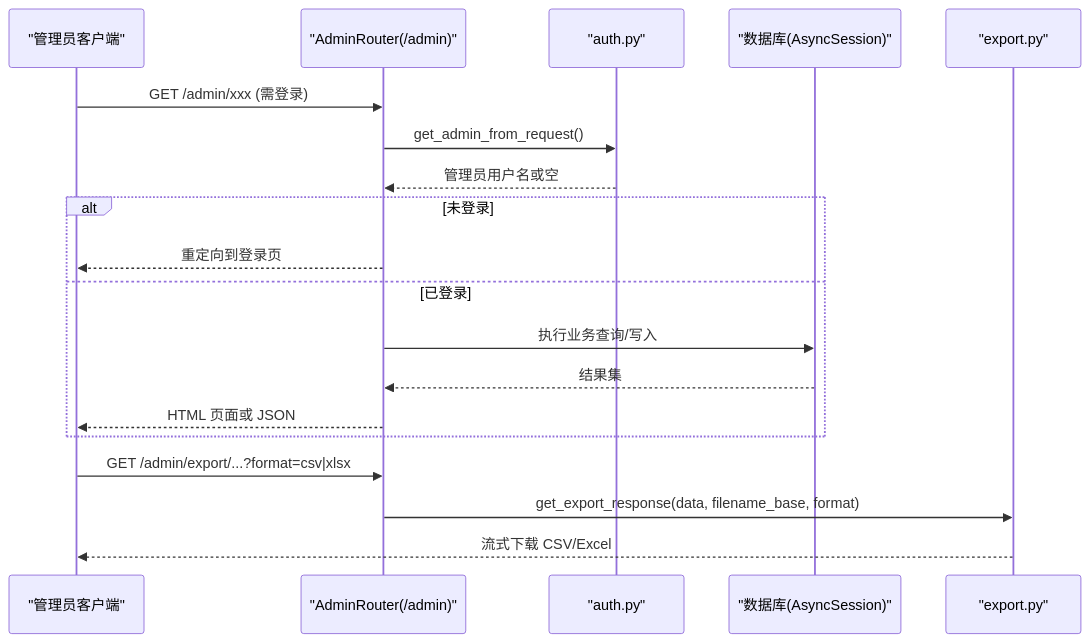
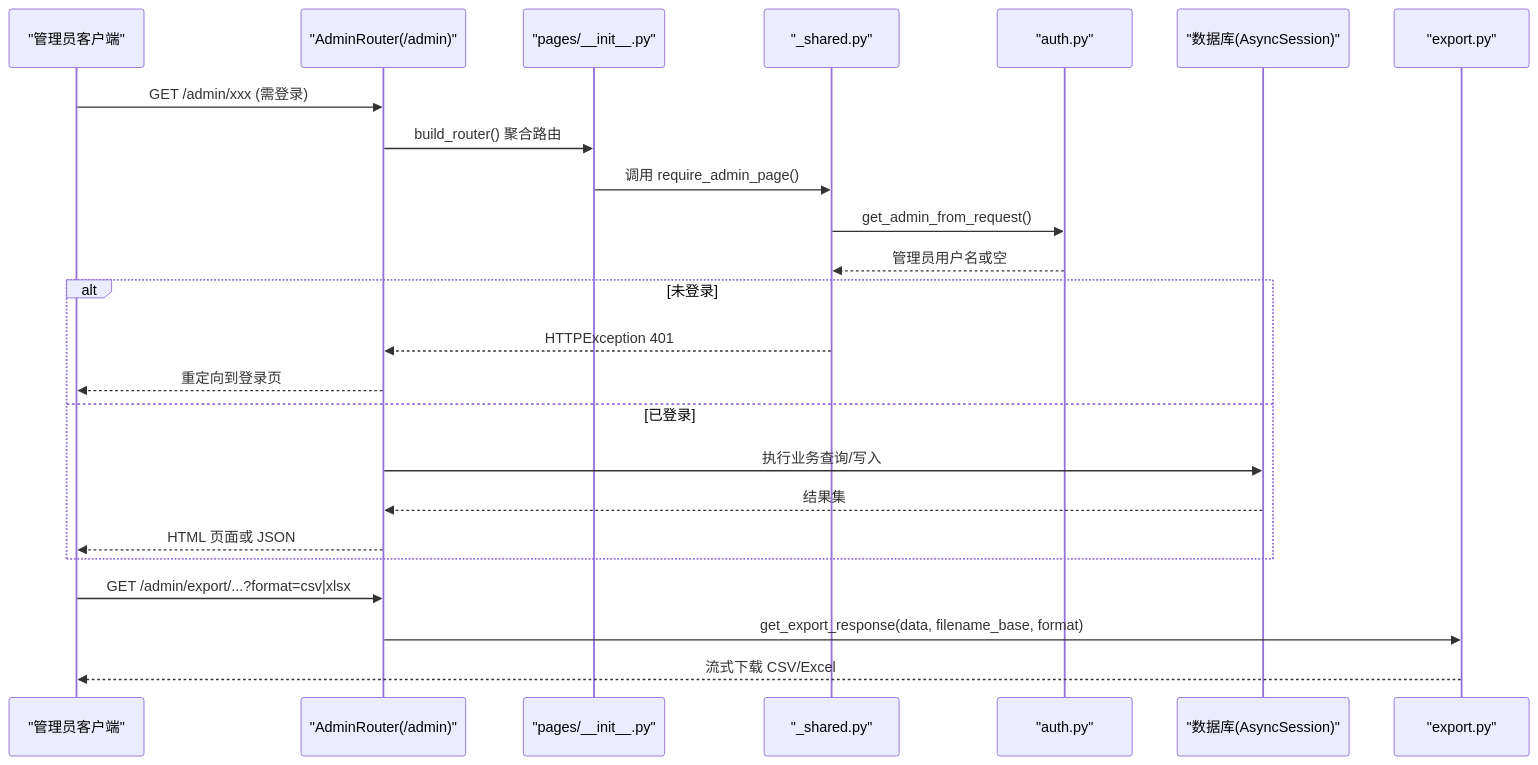
One commit to peace-lab-global/hush.ai changed the second of 11 diagrams in .qoder/repowiki/zh/content/API 接口文档/管理后台接口/管理后台接口.md. Above: the diagram before and after it, drawn with Mermaid. The commit also changed other lines of this file and 92 other files, not shown here.

````diff
--- a/.qoder/repowiki/zh/content/API 接口文档/管理后台接口/管理后台接口.md
+++ b/.qoder/repowiki/zh/content/API 接口文档/管理后台接口/管理后台接口.md
@@ -123,21 +174,26 @@
 ```mermaid
 sequenceDiagram
 participant Admin as "管理员客户端"
 participant Router as "AdminRouter(/admin)"
+participant PagesInit as "pages/__init__.py"
+participant Shared as "_shared.py"
 participant Auth as "auth.py"
 participant DB as "数据库(AsyncSession)"
 participant Export as "export.py"
 Admin->>Router : GET /admin/xxx (需登录)
-Router->>Auth : get_admin_from_request()
-Auth-->>Router : 管理员用户名或空
+Router->>PagesInit : build_router() 聚合路由
+PagesInit->>Shared : 调用 require_admin_page()
+Shared->>Auth : get_admin_from_request()
+Auth-->>Shared : 管理员用户名或空
 alt 未登录
+Shared-->>Router : HTTPException 401
 Router-->>Admin : 重定向到登录页
 else 已登录
 Router->>DB : 执行业务查询/写入
 DB-->>Router : 结果集
 Router-->>Admin : HTML 页面或 JSON
 end
 Admin->>Router : GET /admin/export/...?format=csv|xlsx
 Router->>Export : get_export_response(data, filename_base, format)
 Export-->>Admin : 流式下载 CSV/Excel
 ```
````
